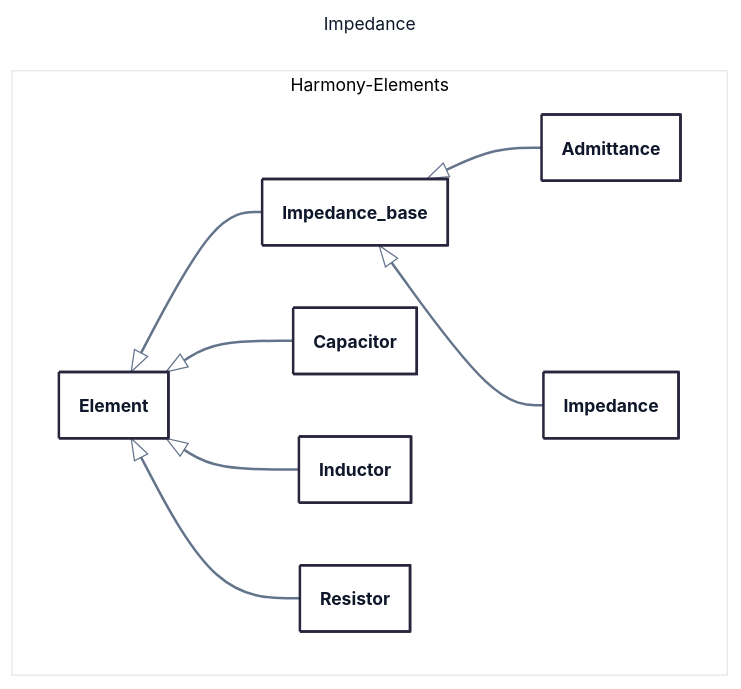
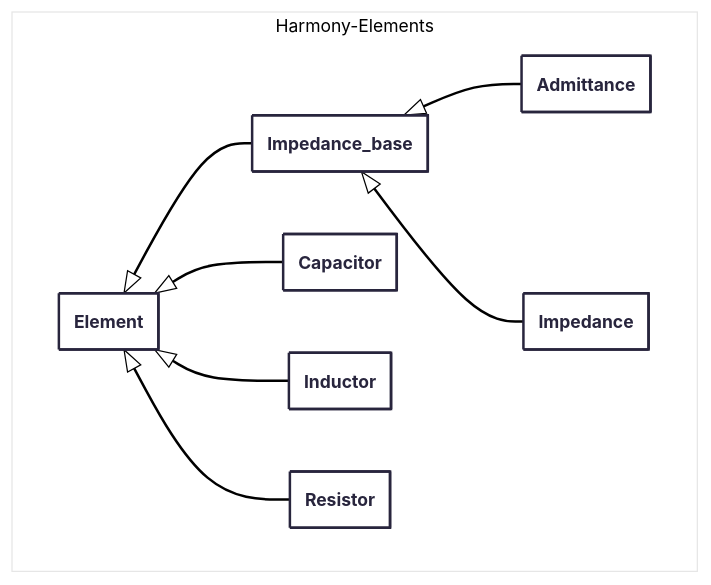
One commit to yiquintero/tmp changed the second of 11 diagrams in class_diagram.md. Above: the diagram before and after it, drawn with Mermaid. The commit also changed other lines of this file, not shown here.

First line of the commit message:
Simplify mermaid diagram configurations

````diff
--- a/class_diagram.md
+++ b/class_diagram.md
@@ -67,34 +59,26 @@
 ```mermaid
 ---
-title: Impedance
 config:
   theme: redux-color
-  themeVariables:
-    fontFamily: Segoe UI, -apple-system, BlinkMacSystemFont, sans-serif
-    lineColor: "#64748B"
-    primaryTextColor: "#0F172A"
-  flowchart:
-    wrappingWidth: 450
   class:
     hideEmptyMembersBox: true
-    padding: 16
 ---
 classDiagram
   namespace Harmony-Elements {
     class Element {}
   }
   namespace Harmony-Elements {
     class Impedance_base {}
     class Admittance {}
     class Impedance {}
     class Capacitor {}
     class Inductor {}
     class Resistor {}
   }
   Element <|-- Impedance_base
   Element <|-- Capacitor
   Element <|-- Inductor
   Element <|-- Resistor
   Impedance_base <|-- Admittance
   Impedance_base <|-- Impedance
 ```
````
